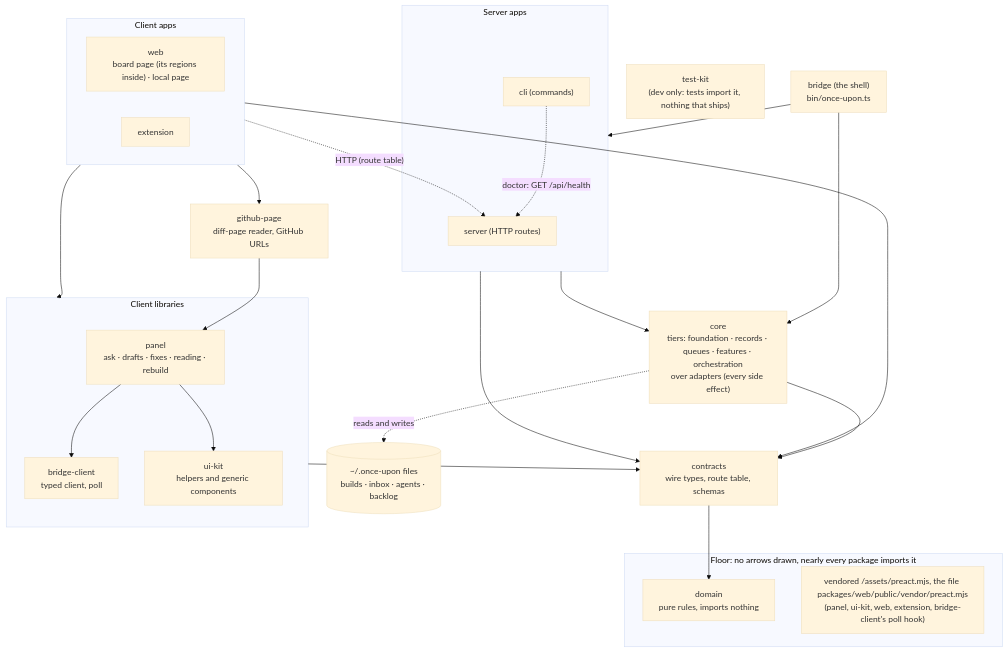
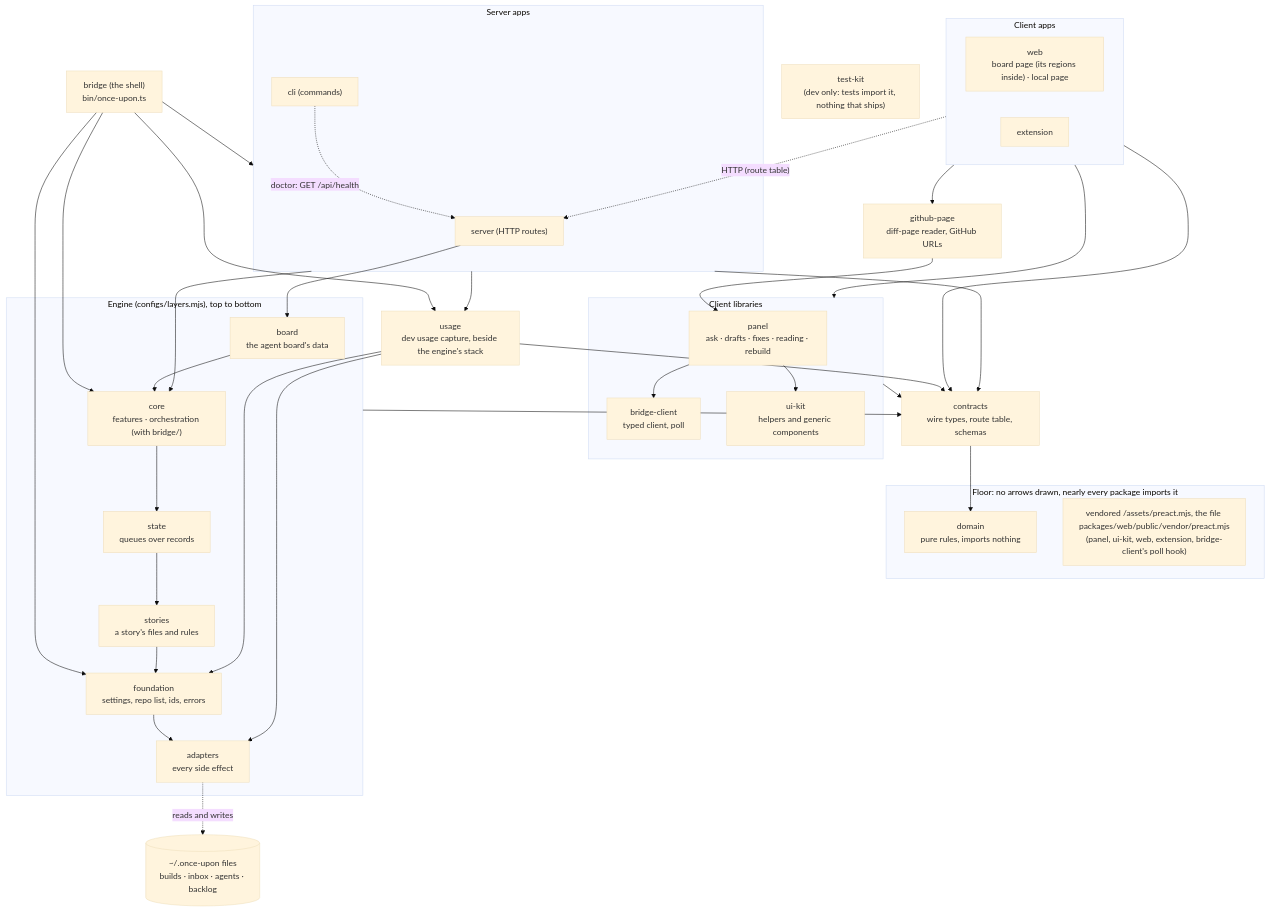
The diagram in docs/adr/adr-15-layered-packages-and-protocol.md (shank-eric/once-upon-a-diff), drawn with Mermaid (base theme) before and after one commit. The commit also changed other lines of this file, not shown here.

Commit message:
ADR-15's layer diagram shows the engine as the seven packages ADR-24 made (adapters to board, usage beside them), with the server alone importing board and neither app importing adapters

````diff
--- a/docs/adr/adr-15-layered-packages-and-protocol.md
+++ b/docs/adr/adr-15-layered-packages-and-protocol.md
@@ -26,44 +26,64 @@
 ```mermaid
 flowchart TB
   subgraph clientApps["Client apps"]
     web["web<br/>board page (its regions inside) · local page"]
     ext["extension"]
   end
   gp["github-page<br/>diff-page reader, GitHub URLs"]
   subgraph libs["Client libraries"]
     panel["panel<br/>ask · drafts · fixes · reading · rebuild"]
     bc["bridge-client<br/>typed client, poll"]
     ui["ui-kit<br/>helpers and generic components"]
   end
   contracts["contracts<br/>wire types, route table, schemas"]
   subgraph floor["Floor: no arrows drawn, nearly every package imports it"]
     domain["domain<br/>pure rules, imports nothing"]
     vendor["vendored /assets/preact.mjs, the file packages/web/public/vendor/preact.mjs<br/>(panel, ui-kit, web, extension, bridge-client's poll hook)"]
   end
   shell["bridge (the shell)<br/>bin/once-upon.ts"]
   subgraph serverApps["Server apps"]
     http["server (HTTP routes)"]
     cli["cli (commands)"]
   end
-  core["core<br/>tiers: foundation · records · queues · features · orchestration<br/>over adapters (every side effect)"]
+  subgraph engine["Engine (configs/layers.mjs), top to bottom"]
+    board["board<br/>the agent board's data"]
+    core["core<br/>features · orchestration (with bridge/)"]
+    state["state<br/>queues over records"]
+    stories["stories<br/>a story's files and rules"]
+    foundation["foundation<br/>settings, repo list, ids, errors"]
+    adapters["adapters<br/>every side effect"]
+  end
+  usage["usage<br/>dev usage capture, beside the engine's stack"]
   files[("~/.once-upon files<br/>builds · inbox · agents · backlog")]
   testkit["test-kit<br/>(dev only: tests import it, nothing that ships)"]
 
   clientApps --> libs
   clientApps --> gp
   clientApps --> contracts
   gp --> panel
   panel --> bc
   panel --> ui
   libs --> contracts
   contracts --> domain
   shell --> serverApps
   shell --> core
+  shell --> usage
+  shell --> foundation
+  http --> board
   serverApps --> core
+  serverApps --> usage
   serverApps --> contracts
-  core --> contracts
+  board --> core
+  core --> state
+  state --> stories
+  stories --> foundation
+  foundation --> adapters
+  usage --> foundation
+  usage --> adapters
+  engine --> contracts
+  usage --> contracts
   clientApps -. "HTTP (route table)" .-> http
   cli -. "doctor: GET /api/health" .-> http
-  core -. "reads and writes" .-> files
+  adapters -. "reads and writes" .-> files
 
 ```
````
